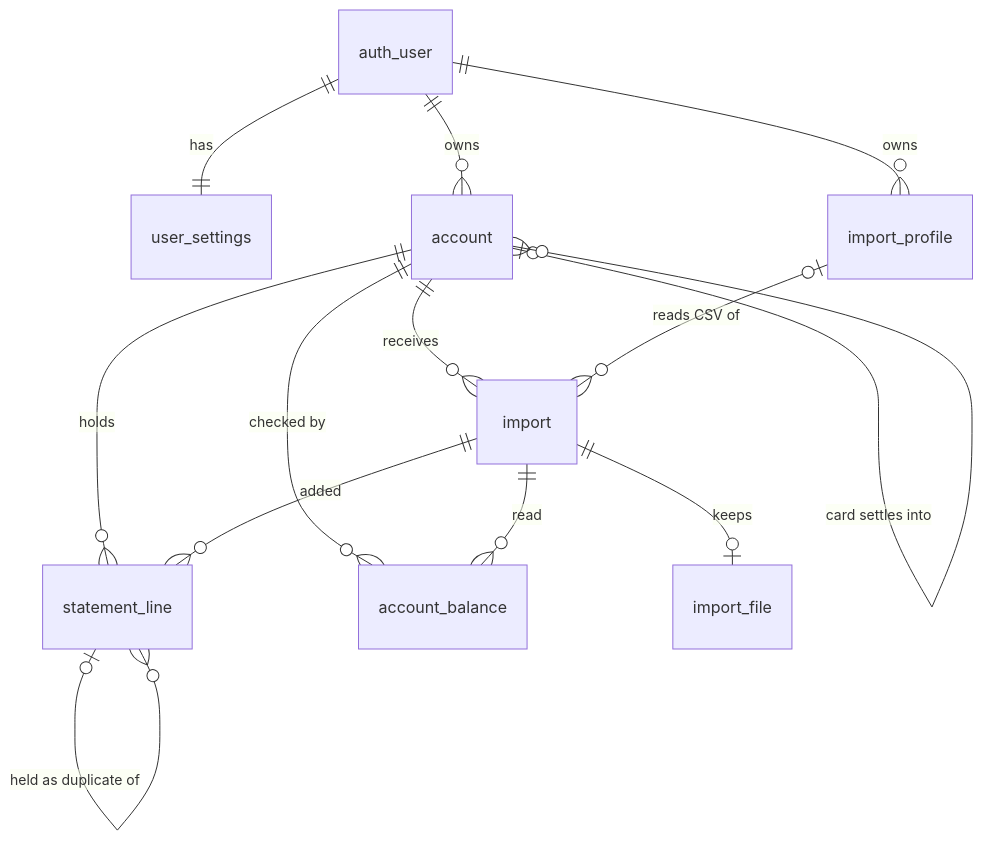
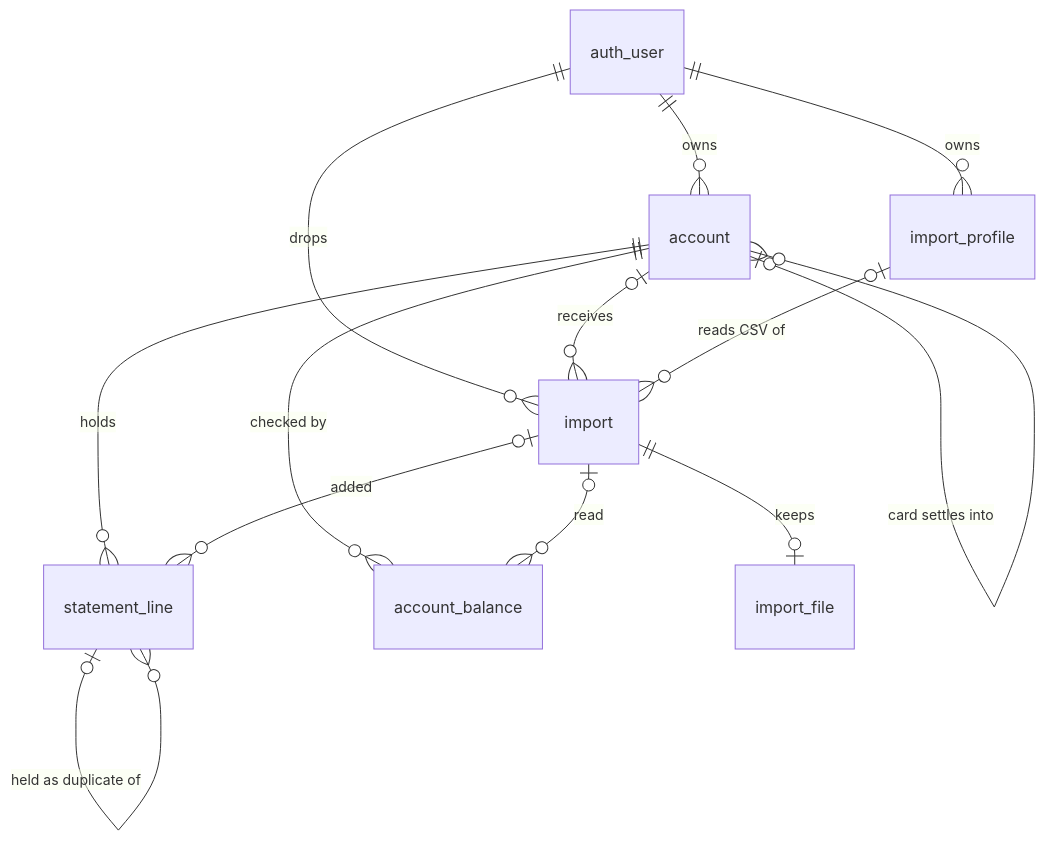
Before and after one commit to KristenJestin/gousset: the first of 2 diagrams in docs/data-model.md, drawn with Mermaid. The commit also changed other lines of this file, not shown here.

````diff
--- a/docs/data-model.md
+++ b/docs/data-model.md
@@ -186,15 +230,15 @@
 ```mermaid
 erDiagram
-  auth_user ||--|| user_settings : has
   auth_user ||--o{ account : owns
   auth_user ||--o{ import_profile : owns
+  auth_user ||--o{ import : drops
   account ||--o{ statement_line : holds
   account ||--o{ account_balance : "checked by"
   account |o--o{ account : "card settles into"
-  account ||--o{ import : "receives"
+  account |o--o{ import : receives
   import ||--o| import_file : keeps
-  import ||--o{ statement_line : added
-  import ||--o{ account_balance : read
+  import |o--o{ statement_line : added
+  import |o--o{ account_balance : read
   import_profile |o--o{ import : "reads CSV of"
   statement_line |o--o{ statement_line : "held as duplicate of"
 ```
````
